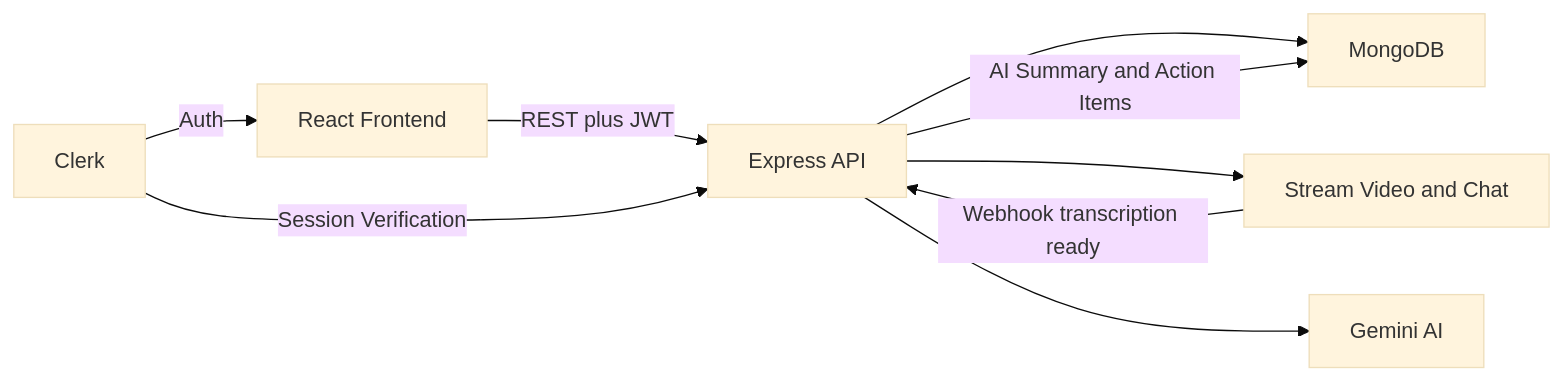
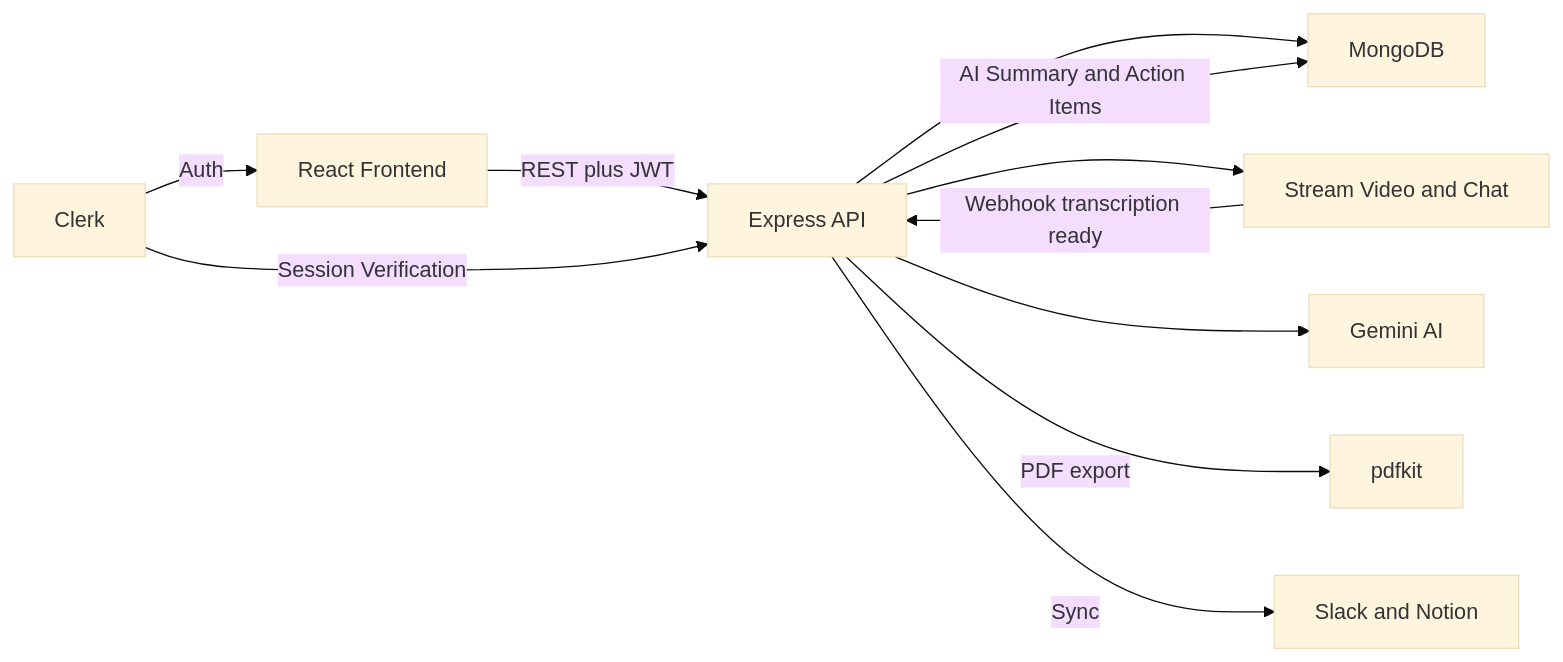
One commit to TechShashank7/IntellMeet changed the diagram in README.md. Above: the diagram before and after it, drawn with Mermaid (base theme). The commit also changed other lines of this file, not shown here.

Commit message:
docs: update README with architecture and team

````diff
--- a/README.md
+++ b/README.md
@@ -66,11 +97,13 @@
 ```mermaid
 flowchart LR
     A[React Frontend] -->|REST plus JWT| B[Express API]
     B --> C[MongoDB]
     B --> D[Stream Video and Chat]
     B --> E[Gemini AI]
     D -->|Webhook transcription ready| B
     B -->|AI Summary and Action Items| C
+    B -->|PDF export| G[pdfkit]
+    B -->|Sync| H[Slack and Notion]
     F[Clerk] -->|Auth| A
     F -->|Session Verification| B
 ```
````
